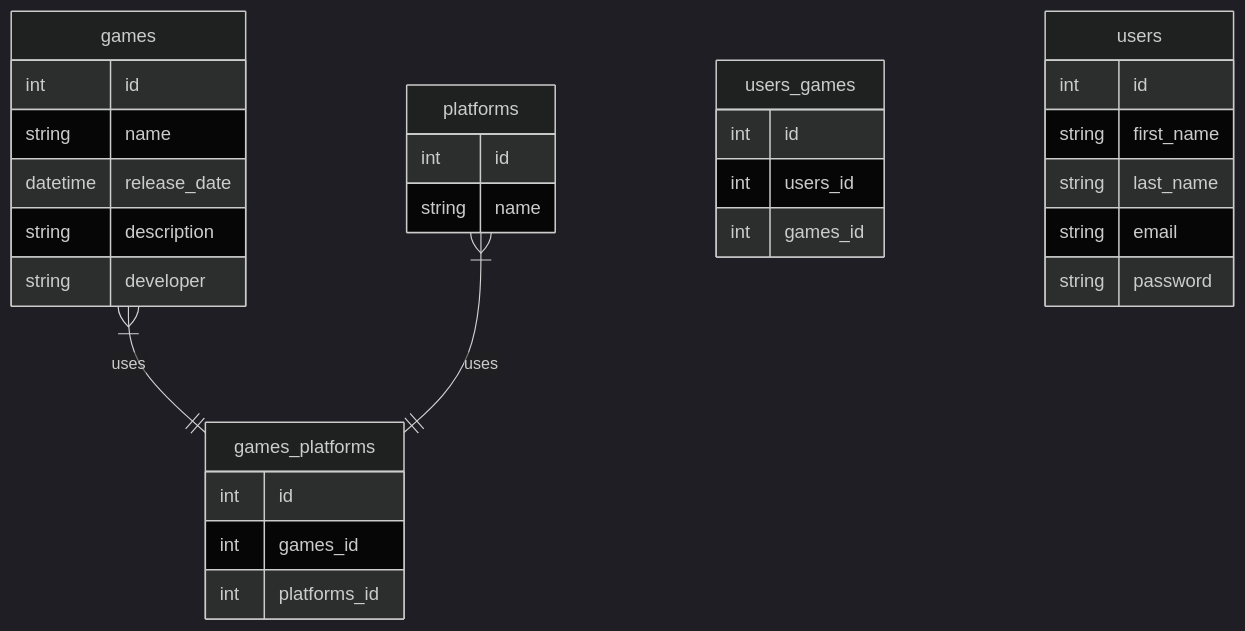
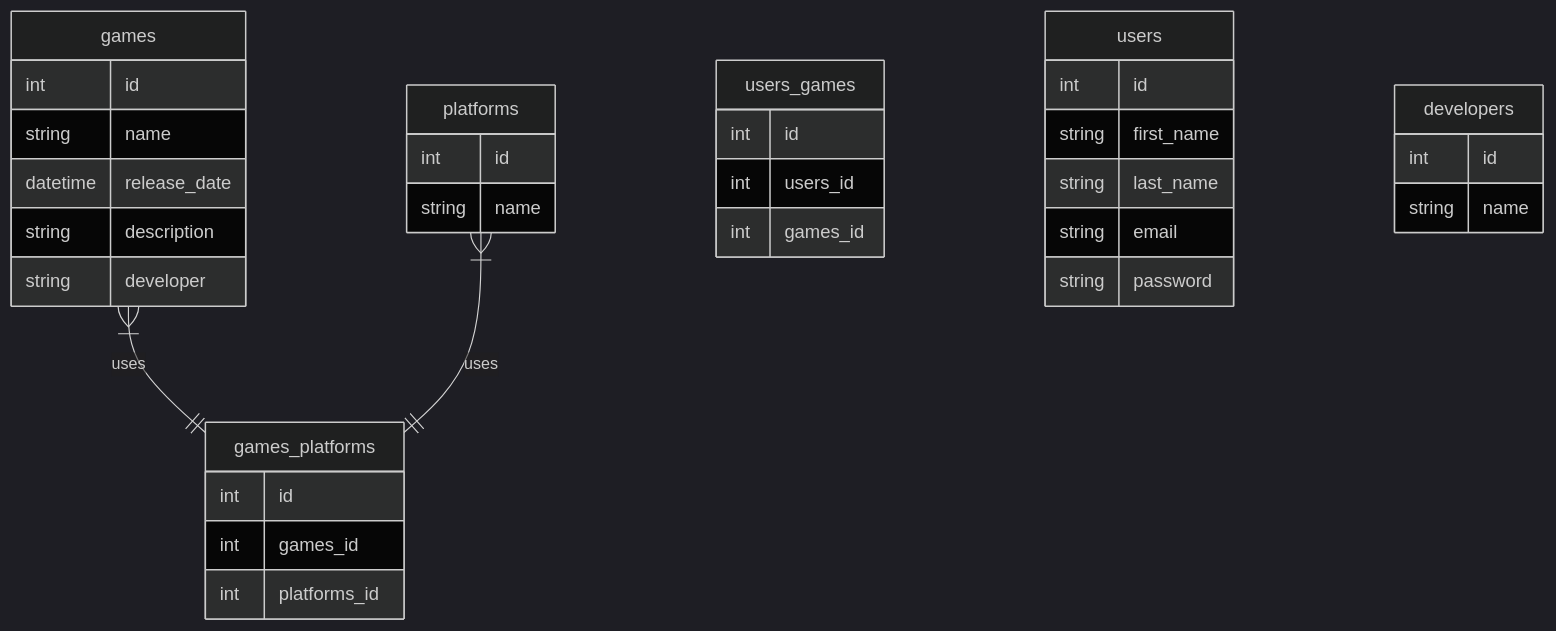
One commit to Haikira/VGLogger changed the second of 2 diagrams in README.md. Above: the diagram before and after it, drawn with Mermaid.

````diff
--- a/README.md
+++ b/README.md
@@ -39,38 +39,42 @@
 ``` mermaid
 %%{init: {'theme': 'dark' } }%%
 
 erDiagram
 
         games {
                 int id
                 string name
                 datetime release_date
                 string description
                 string developer
         }
         platforms {
                 int id
                 string name                
         }
         games_platforms {
                 int id
                 int games_id
                 int platforms_id
         }
         users_games {
                 int id
                 int users_id
                 int games_id
         }
         users {
                 int id
                 string first_name
                 string last_name
                 string email
                 string password
         }
+        developers {
+                int id
+                string name
+        }
         
         games }|--|| games_platforms: "uses"
         platforms }|--|| games_platforms: "uses"
 
 ```
````
